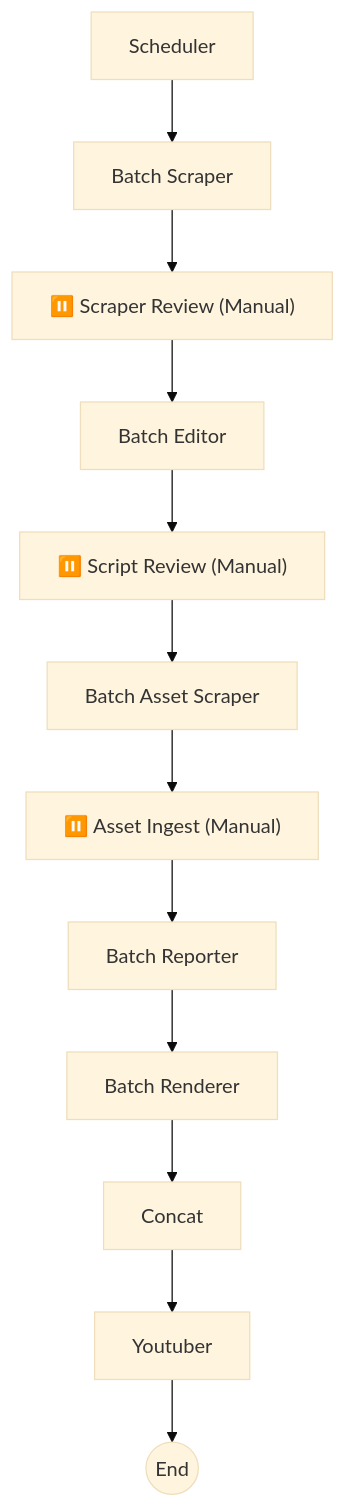
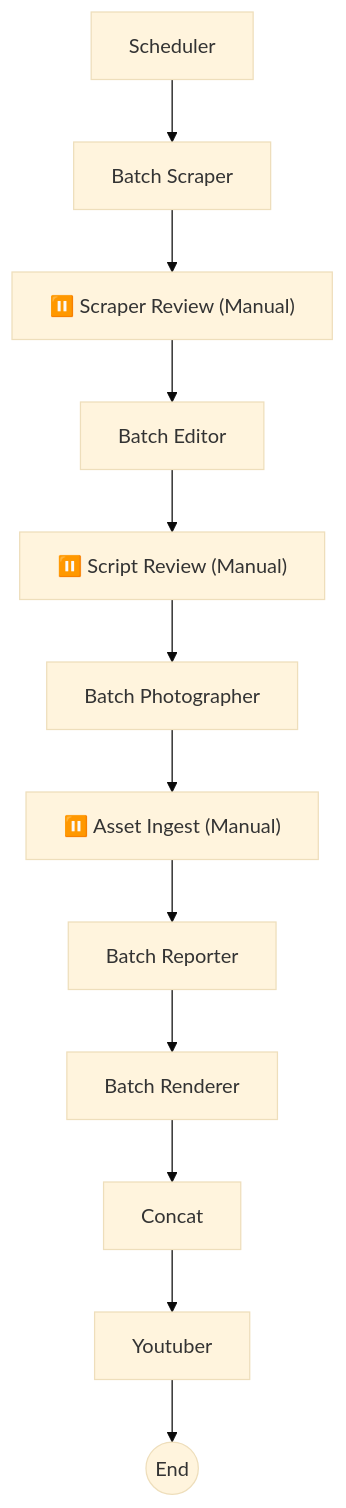
One commit to Joey-Chow/NewsGenerator changed the diagram in README.md. Above: the diagram before and after it, drawn with Mermaid (base theme). The commit also changed other lines of this file and 18 other files, not shown here.

````diff
--- a/README.md
+++ b/README.md
@@ -21,14 +19,14 @@
 ```mermaid
 graph TD
     S[Scheduler] --> B[Batch Scraper]
     B --> BS["⏸️ Scraper Review (Manual)"]
     BS --> E[Batch Editor]
     E --> SR["⏸️ Script Review (Manual)"]
-    SR --> AS[Batch Asset Scraper]
-    AS --> AI["⏸️ Asset Ingest (Manual)"]
+    SR --> P[Batch Photographer]
+    P --> AI["⏸️ Asset Ingest (Manual)"]
     AI --> R[Batch Reporter]
     R --> BR[Batch Renderer]
     BR --> C[Concat]
     C --> Y[Youtuber]
     Y --> END((End))
 ```
````
